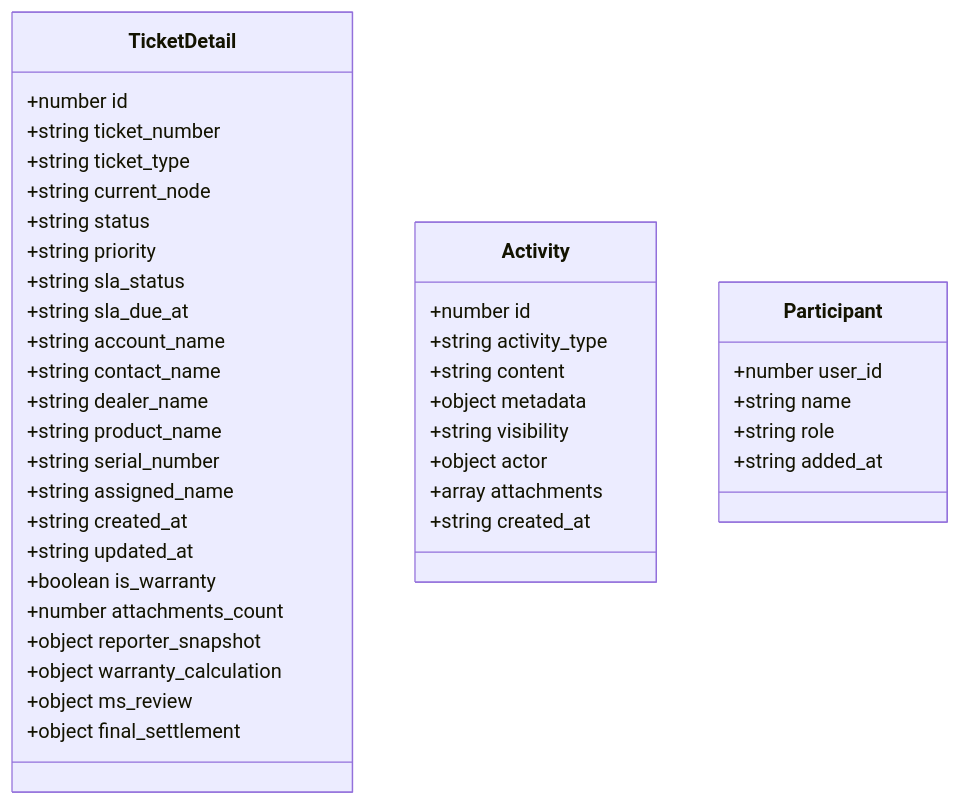
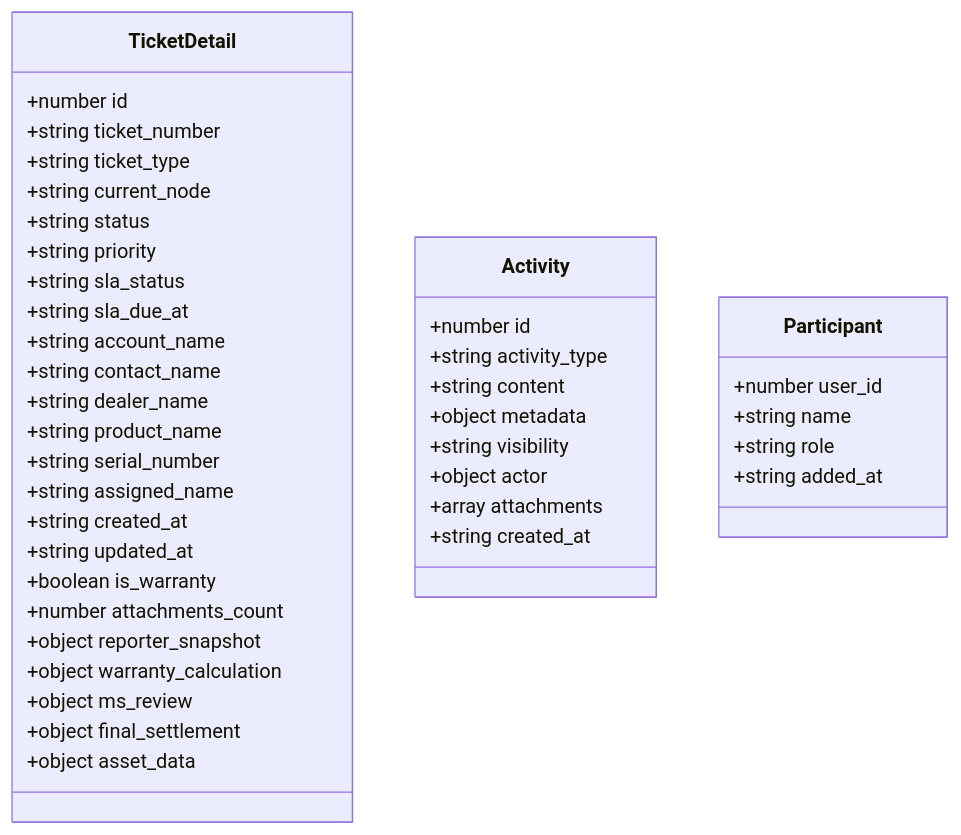
Before and after one commit to CubeEdge/Longhorn: the second of 24 diagrams in .qoder/repowiki/zh/content/Unified Ticket Detail.md, drawn with Mermaid. The commit also changed other lines of this file and 53 other files, not shown here.

````diff
--- a/.qoder/repowiki/zh/content/Unified Ticket Detail.md
+++ b/.qoder/repowiki/zh/content/Unified Ticket Detail.md
@@ -115,43 +163,44 @@
 ```mermaid
 classDiagram
 class TicketDetail {
 +number id
 +string ticket_number
 +string ticket_type
 +string current_node
 +string status
 +string priority
 +string sla_status
 +string sla_due_at
 +string account_name
 +string contact_name
 +string dealer_name
 +string product_name
 +string serial_number
 +string assigned_name
 +string created_at
 +string updated_at
 +boolean is_warranty
 +number attachments_count
 +object reporter_snapshot
 +object warranty_calculation
 +object ms_review
 +object final_settlement
++object asset_data
 }
 class Activity {
 +number id
 +string activity_type
 +string content
 +object metadata
 +string visibility
 +object actor
 +array attachments
 +string created_at
 }
 class Participant {
 +number user_id
 +string name
 +string role
 +string added_at
 }
 ```
````
